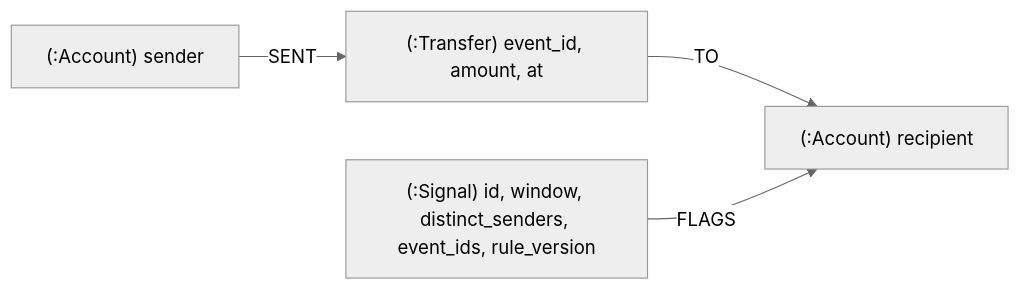
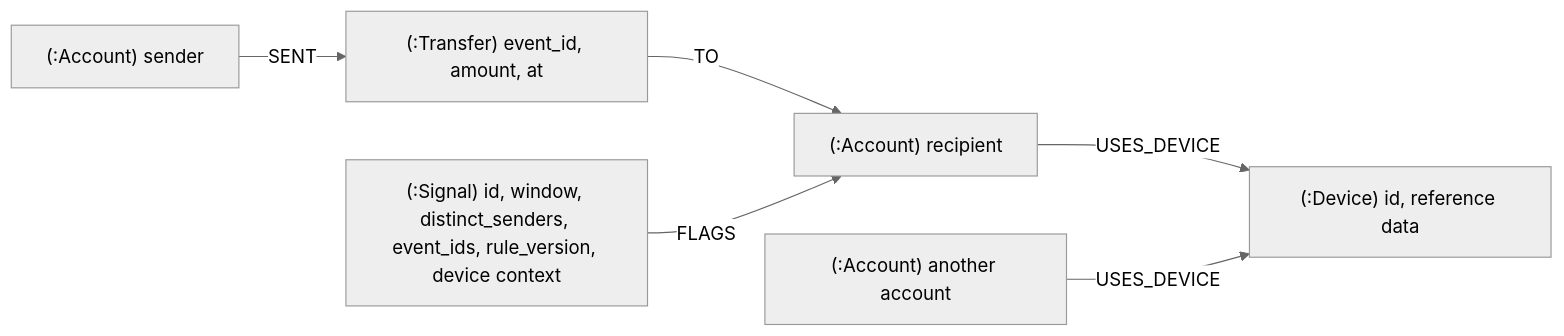
The diagram in examples/kafka-to-neo4j/README.md (orhaugh/clink), drawn with Mermaid (neutral theme) before and after one commit. The commit also changed other lines of this file and 7 other files, not shown here.

````diff
--- a/examples/kafka-to-neo4j/README.md
+++ b/examples/kafka-to-neo4j/README.md
@@ -50,6 +56,8 @@
 ```mermaid
 flowchart LR
     S["(:Account) sender"] -- "SENT" --> T["(:Transfer) event_id, amount, at"]
     T -- "TO" --> R["(:Account) recipient"]
-    G["(:Signal) id, window, distinct_senders, event_ids, rule_version"] -- "FLAGS" --> R
+    G["(:Signal) id, window, distinct_senders, event_ids, rule_version, device context"] -- "FLAGS" --> R
+    R -- "USES_DEVICE" --> D["(:Device) id, reference data"]
+    O["(:Account) another account"] -- "USES_DEVICE" --> D
 ```
````
